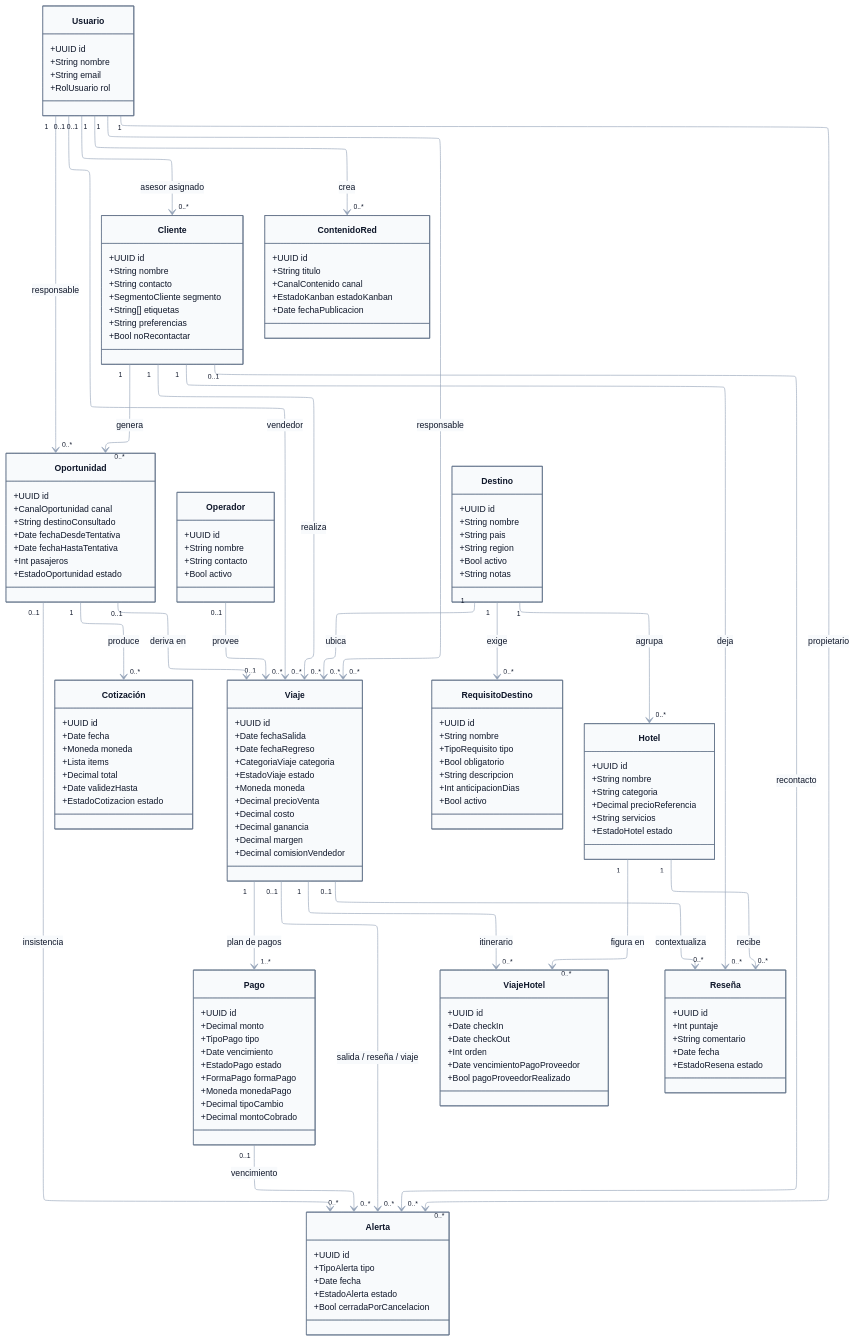
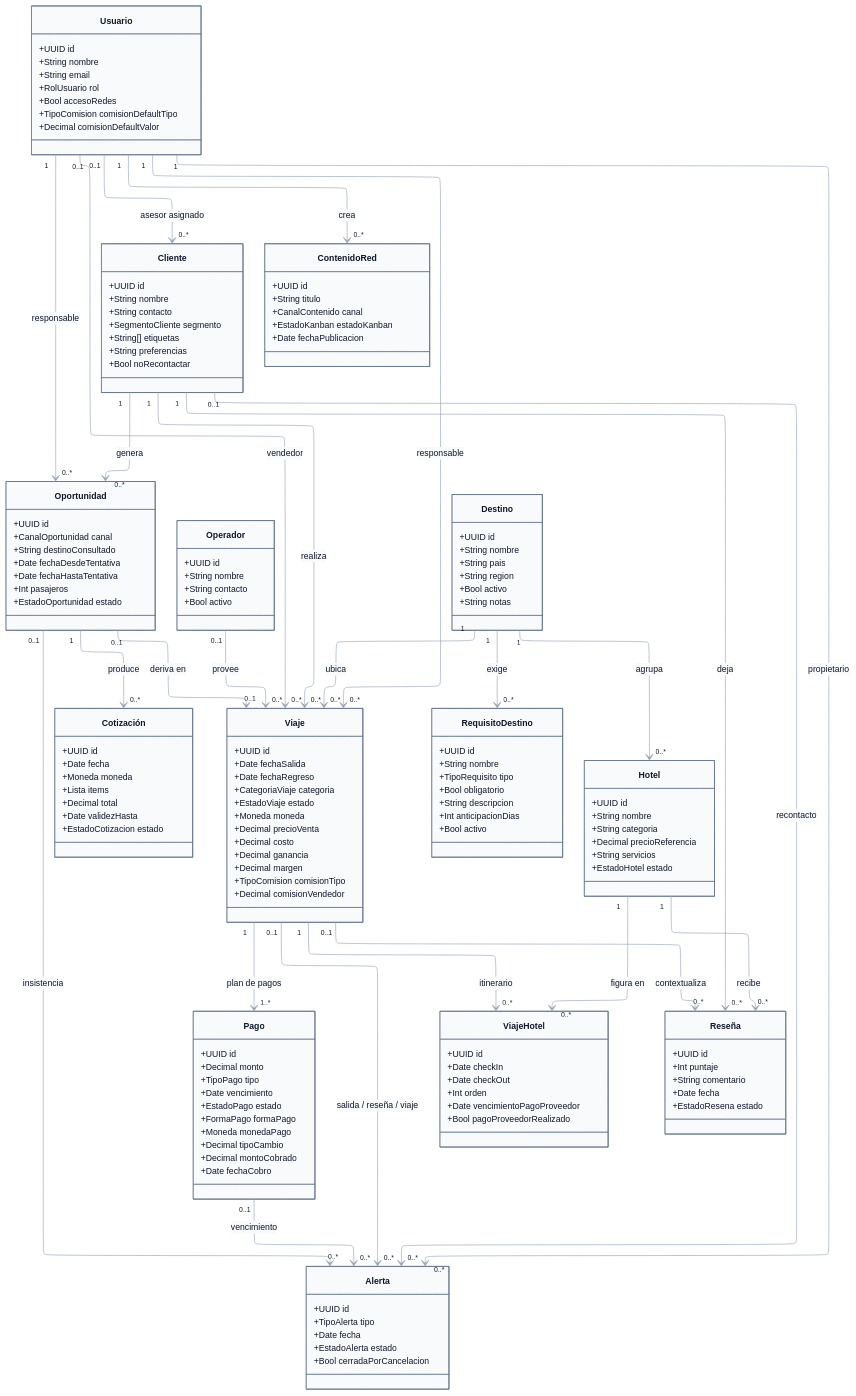
The first of 4 diagrams in 03-Dominio/Diagramas/DGM — Diagrama de clases.md (FranLuciano04/Vault-Rumbo), drawn with Mermaid before and after one commit. The commit also changed other lines of this file and 15 other files, not shown here.

Commit message:
DEC-0013: fecha de cobro, tabla de configuración, tipo de comisión y acceso a redes (ER, clases, entidades y SQL)

```diff
--- a/03-Dominio/Diagramas/DGM — Diagrama de clases.md
+++ b/03-Dominio/Diagramas/DGM — Diagrama de clases.md
@@ -43,6 +43,9 @@
         +String nombre
         +String email
         +RolUsuario rol
+        +Bool accesoRedes
+        +TipoComision comisionDefaultTipo
+        +Decimal comisionDefaultValor
     }
     class Cliente {
         +UUID id
@@ -84,6 +87,7 @@
         +Decimal costo
         +Decimal ganancia
         +Decimal margen
+        +TipoComision comisionTipo
         +Decimal comisionVendedor
     }
     class Pago {
@@ -96,6 +100,7 @@
         +Moneda monedaPago
         +Decimal tipoCambio
         +Decimal montoCobrado
+        +Date fechaCobro
     }
     class Operador {
         +UUID id
```
